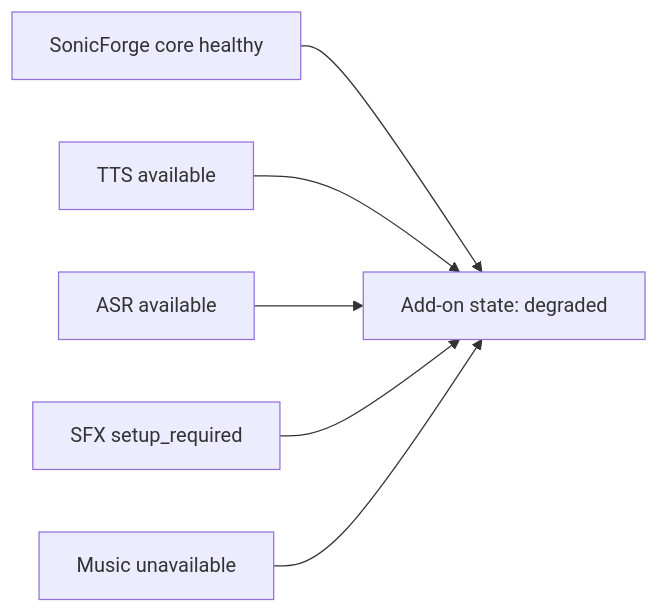
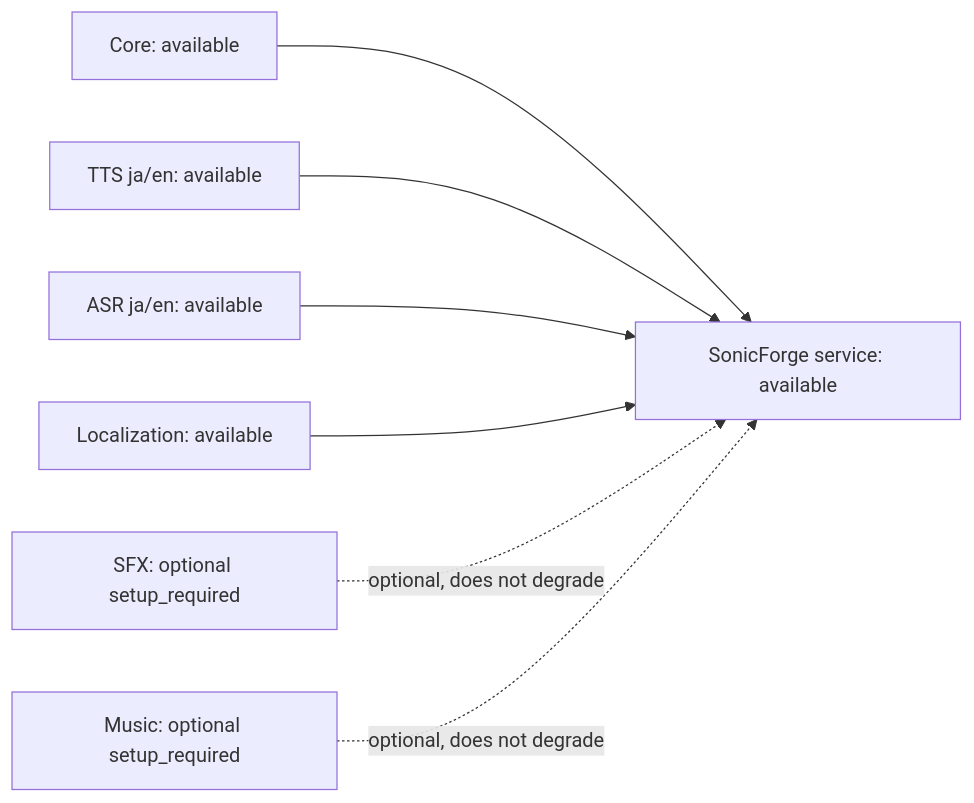
The ninth of 13 diagrams in docs/12-architecture-diagrams.md (souten-yd/ControlDeckSonicForge), drawn with Mermaid before and after one commit. The commit also changed other lines of this file, not shown here.

Commit message:
docs: align diagrams with signed bilingual setup

````diff
--- a/docs/12-architecture-diagrams.md
+++ b/docs/12-architecture-diagrams.md
@@ -188,15 +230,17 @@
 ```mermaid
 flowchart LR
-    Core[SonicForge core healthy]
-    TTS[TTS available]
-    ASR[ASR available]
-    SFX[SFX setup_required]
-    Music[Music unavailable]
-    Addon[Add-on state: degraded]
+    Core[Core: available]
+    TTS[TTS ja/en: available]
+    ASR[ASR ja/en: available]
+    Loc[Localization: available]
+    SFX[SFX: optional setup_required]
+    Music[Music: optional setup_required]
+    Addon[SonicForge service: available]
 
     Core --> Addon
     TTS --> Addon
     ASR --> Addon
-    SFX --> Addon
-    Music --> Addon
+    Loc --> Addon
+    SFX -. optional, does not degrade .-> Addon
+    Music -. optional, does not degrade .-> Addon
 ```
````
